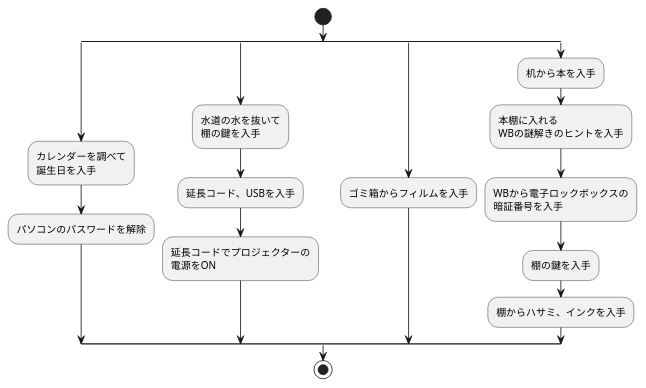
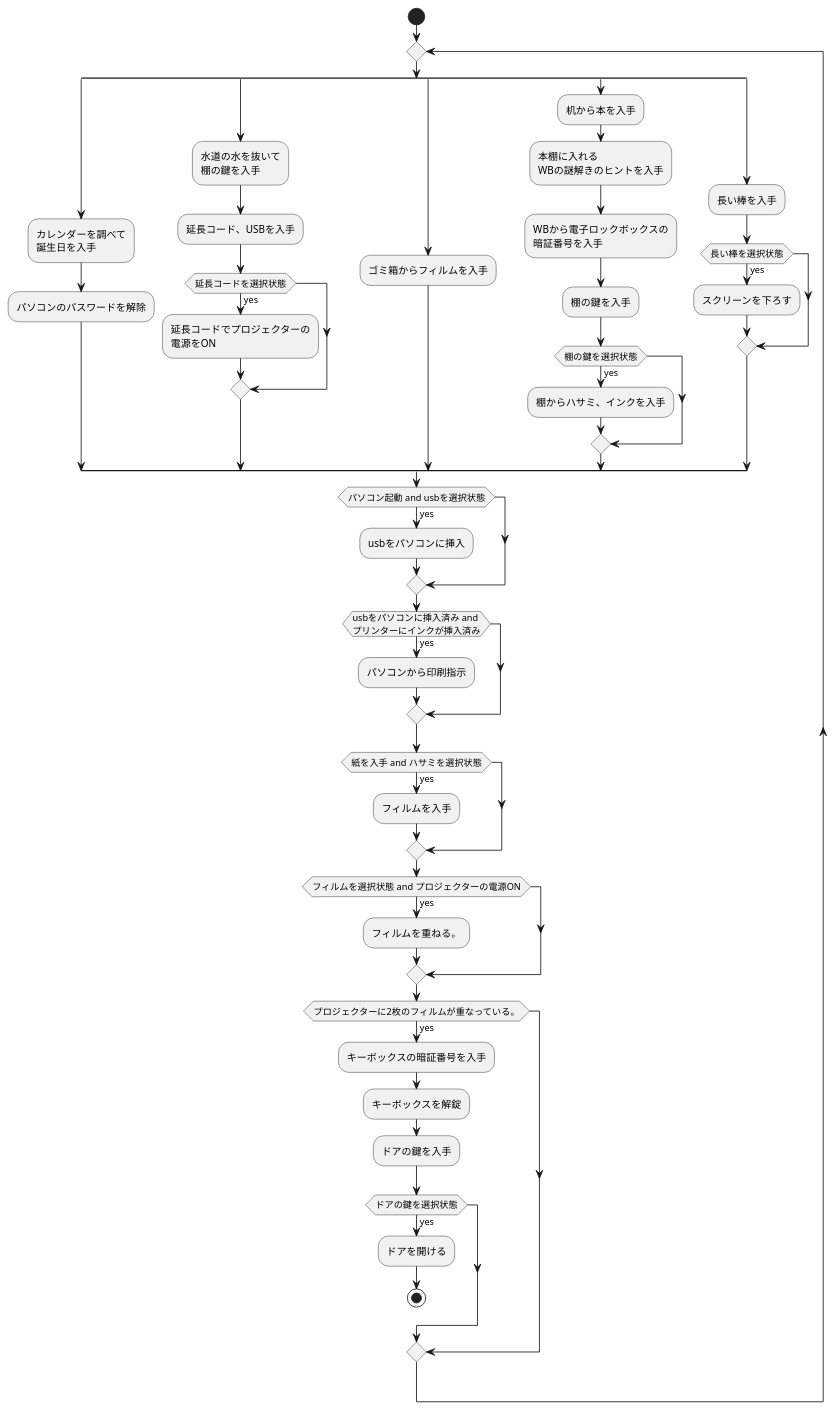
Before and after one commit to kumokumo1653/EscapeGames: the diagram in doc/activity.pu, drawn with PlantUML. The commit also changed 38 other files, not shown here.

```diff
--- a/doc/activity.pu
+++ b/doc/activity.pu
@@ -1,26 +1,59 @@
 @startuml
 start
-split
-    :カレンダーを調べて
-    誕生日を入手;
-    :パソコンのパスワードを解除;
-split again
-    :水道の水を抜いて
-    棚の鍵を入手;
-    :延長コード、USBを入手;
-    :延長コードでプロジェクターの
-    電源をON;
+    repeat
+        split
+            :カレンダーを調べて
+            誕生日を入手;
+            :パソコンのパスワードを解除;
+        split again
+            :水道の水を抜いて
+            棚の鍵を入手;
+            :延長コード、USBを入手;
+            if(延長コードを選択状態) then (yes)
+                :延長コードでプロジェクターの
+                電源をON;
+            endif
 
-split again
-    :ゴミ箱からフィルムを入手;
-split again
-    :机から本を入手;
-    :本棚に入れる
-    WBの謎解きのヒントを入手;
-    :WBから電子ロックボックスの
-    暗証番号を入手;
-    :棚の鍵を入手;
-    :棚からハサミ、インクを入手;
-end split
-stop
+        split again
+            :ゴミ箱からフィルムを入手;
+        split again
+            :机から本を入手;
+            :本棚に入れる
+            WBの謎解きのヒントを入手;
+            :WBから電子ロックボックスの
+            暗証番号を入手;
+            :棚の鍵を入手;
+            if(棚の鍵を選択状態) then (yes)
+                :棚からハサミ、インクを入手;
+            endif
+        split again
+            :長い棒を入手;
+            if(長い棒を選択状態) then (yes)
+                :スクリーンを下ろす;
+            endif
+        end split
+
+        if (パソコン起動 and usbを選択状態) then (yes)
+            :usbをパソコンに挿入;
+        endif
+        if(usbをパソコンに挿入済み and \nプリンターにインクが挿入済み) then (yes)
+            :パソコンから印刷指示;
+        endif
+        if(紙を入手 and ハサミを選択状態) then (yes)
+            :フィルムを入手;
+        endif
+
+        if(フィルムを選択状態 and プロジェクターの電源ON) then (yes)
+            :フィルムを重ねる。;
+        endif 
+        if(プロジェクターに2枚のフィルムが重なっている。) then (yes)
+            :キーボックスの暗証番号を入手;
+            :キーボックスを解錠;
+            :ドアの鍵を入手;
+            if(ドアの鍵を選択状態) then (yes)
+                :ドアを開ける;
+                stop
+            endif 
+
+
 @enduml
```
